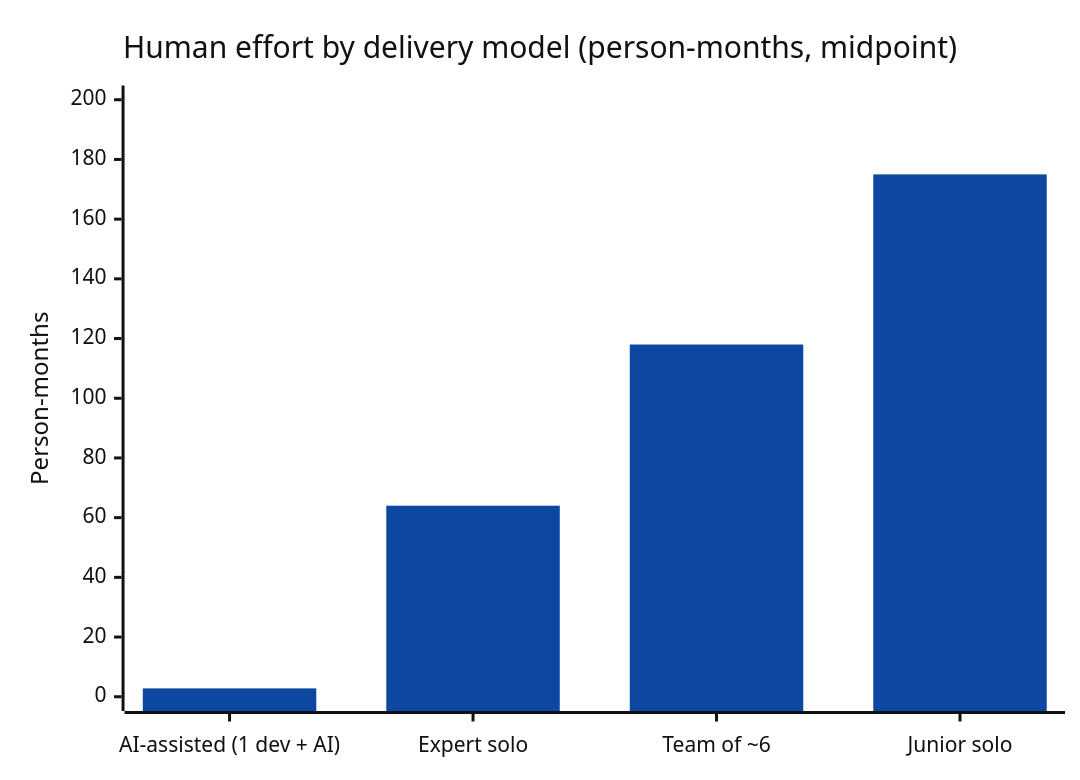
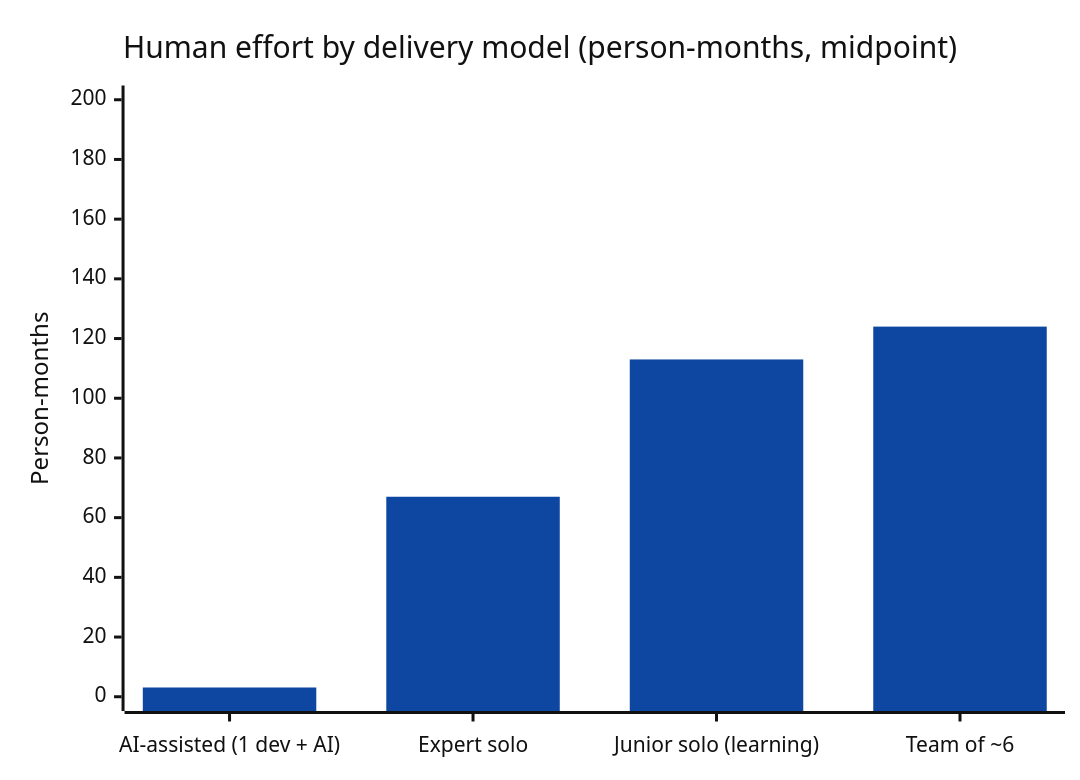
One commit to alexanderlarsdallmann/jichi changed the sixth of 7 diagrams in docs/PROJECT_TIMELINE.md. Above: the diagram before and after it, drawn with Mermaid. The commit also changed other lines of this file and 126 other files, not shown here.

````diff
--- a/docs/PROJECT_TIMELINE.md
+++ b/docs/PROJECT_TIMELINE.md
@@ -894,8 +999,8 @@
 ```mermaid
 %%{init: {'themeVariables':{'xyChart':{'backgroundColor':'#ffffff','plotColorPalette':'#0d47a1','titleColor':'#111111','xAxisLabelColor':'#111111','xAxisTitleColor':'#111111','xAxisLineColor':'#111111','xAxisTickColor':'#111111','yAxisLabelColor':'#111111','yAxisTitleColor':'#111111','yAxisLineColor':'#111111','yAxisTickColor':'#111111'}}}}%%
 xychart-beta
     title "Human effort by delivery model (person-months, midpoint)"
-    x-axis ["AI-assisted (1 dev + AI)", "Expert solo", "Team of ~6", "Junior solo"]
+    x-axis ["AI-assisted (1 dev + AI)", "Expert solo", "Junior solo (learning)", "Team of ~6"]
     y-axis "Person-months" 0 --> 200
-    bar [2.8, 64, 118, 175]
+    bar [3.1, 67, 113, 124]
 ```
````
